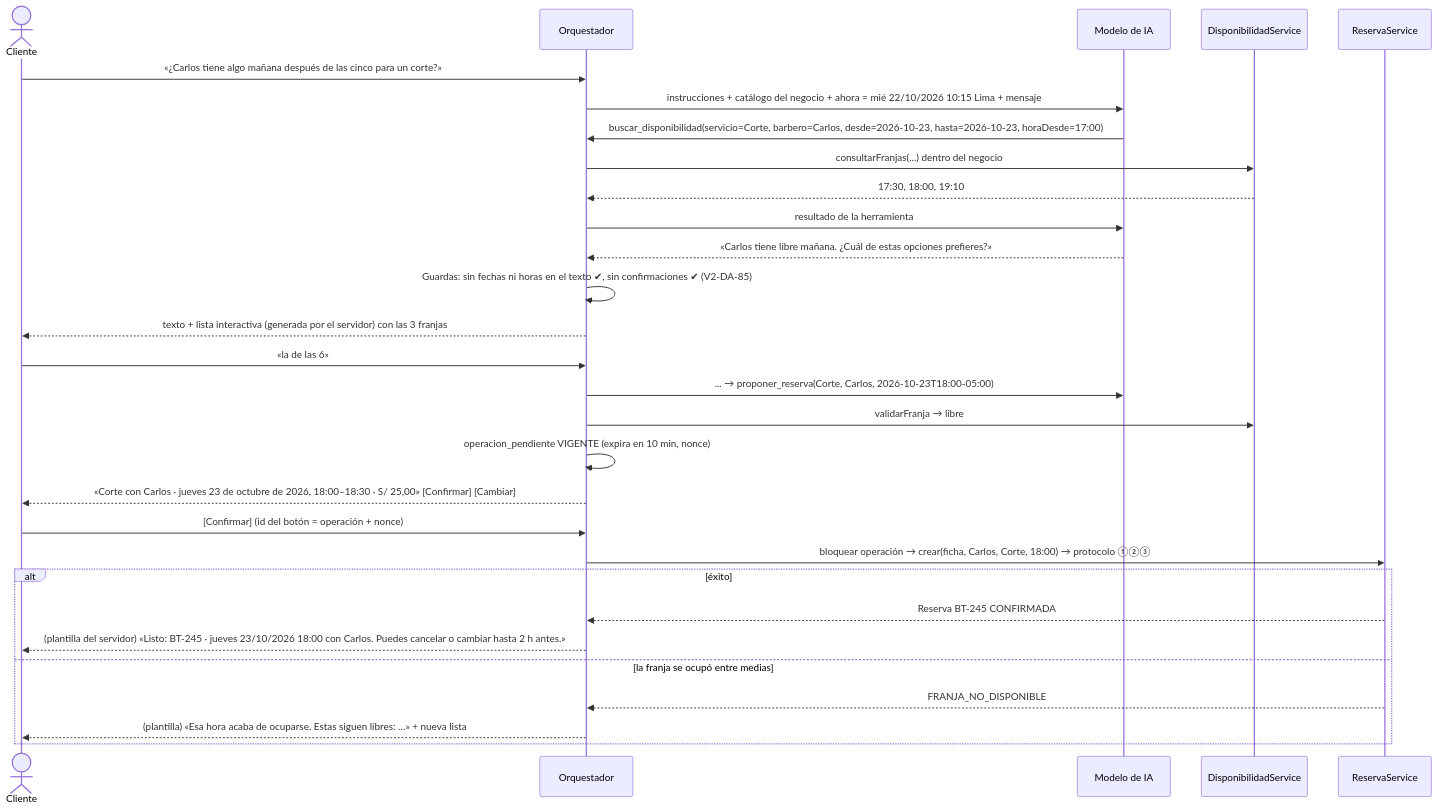
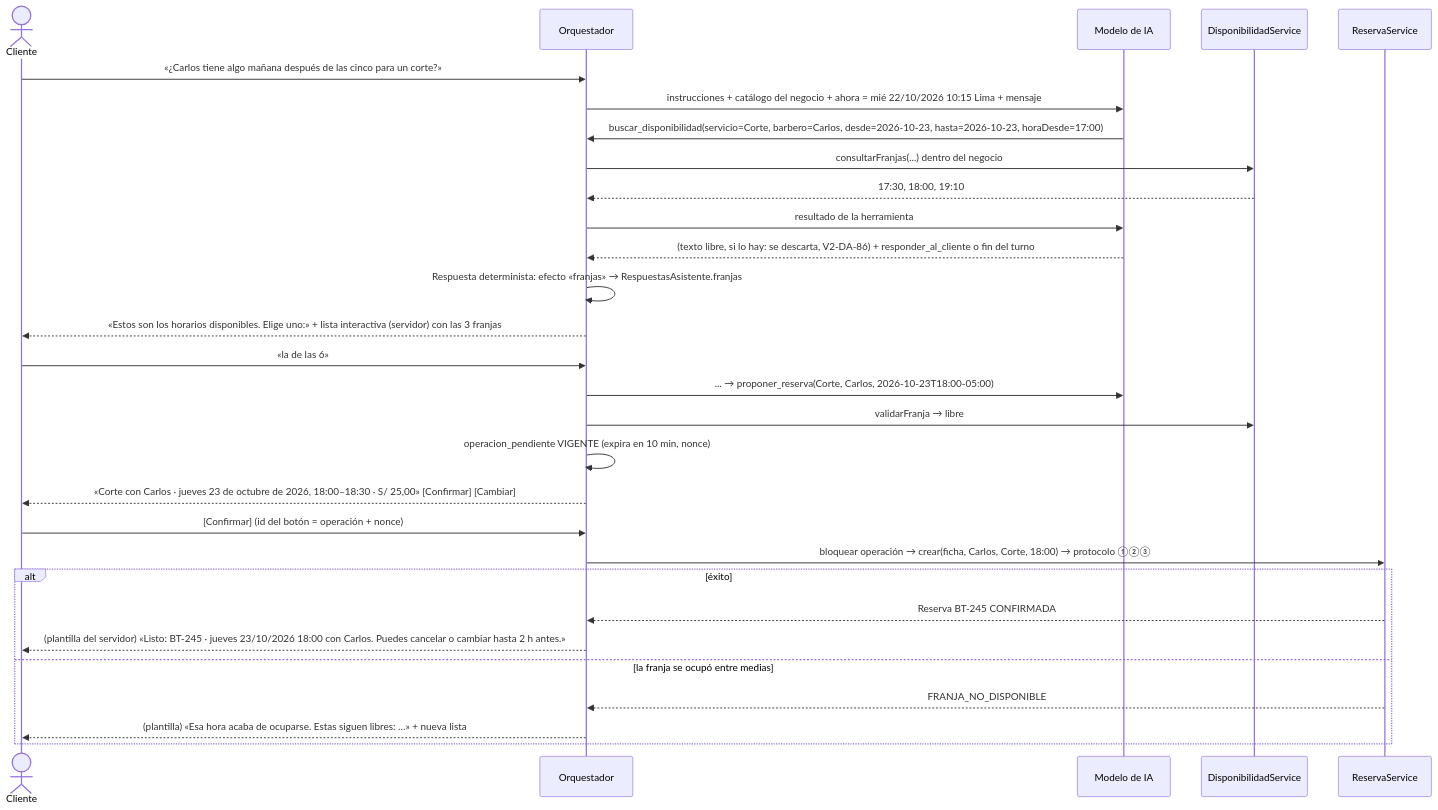
The third of 3 diagrams in docs/v2/06-flujos.md (sohnny-lima/BarberTurno), drawn with Mermaid before and after one commit. The commit also changed 2 other files, not shown here.

Commit message:
docs(v2): arquitectura y flujos con la salida estructurada V2-DA-86 [V2-12]
04 §7.3 deja de presentar las guardas como protección; 06 muestra el texto
descartado y la respuesta determinista; 17 §13.4 añade observador.salida.

````diff
--- a/docs/v2/06-flujos.md
+++ b/docs/v2/06-flujos.md
@@ -84,31 +84,31 @@
 ```mermaid
 sequenceDiagram
   actor C as Cliente
   participant O as Orquestador
   participant L as Modelo de IA
   participant D as DisponibilidadService
   participant R as ReservaService
   C->>O: «¿Carlos tiene algo mañana después de las cinco para un corte?»
   O->>L: instrucciones + catálogo del negocio + ahora = mié 22/10/2026 10:15 Lima + mensaje
   L->>O: buscar_disponibilidad(servicio=Corte, barbero=Carlos, desde=2026-10-23, hasta=2026-10-23, horaDesde=17:00)
   O->>D: consultarFranjas(...) dentro del negocio
   D-->>O: 17:30, 18:00, 19:10
   O->>L: resultado de la herramienta
-  L-->>O: «Carlos tiene libre mañana. ¿Cuál de estas opciones prefieres?»
-  O->>O: Guardas: sin fechas ni horas en el texto ✔, sin confirmaciones ✔ (V2-DA-85)
-  O-->>C: texto + lista interactiva (generada por el servidor) con las 3 franjas
+  L-->>O: (texto libre, si lo hay: se descarta, V2-DA-86) + responder_al_cliente o fin del turno
+  O->>O: Respuesta determinista: efecto «franjas» → RespuestasAsistente.franjas
+  O-->>C: «Estos son los horarios disponibles. Elige uno:» + lista interactiva (servidor) con las 3 franjas
   C->>O: «la de las 6»
   O->>L: ... → proponer_reserva(Corte, Carlos, 2026-10-23T18:00-05:00)
   O->>D: validarFranja → libre
   O->>O: operacion_pendiente VIGENTE (expira en 10 min, nonce)
   O-->>C: «Corte con Carlos · jueves 23 de octubre de 2026, 18:00–18:30 · S/ 25,00» [Confirmar] [Cambiar]
   C->>O: [Confirmar] (id del botón = operación + nonce)
   O->>R: bloquear operación → crear(ficha, Carlos, Corte, 18:00) → protocolo ①②③
   alt éxito
     R-->>O: Reserva BT-245 CONFIRMADA
     O-->>C: (plantilla del servidor) «Listo: BT-245 · jueves 23/10/2026 18:00 con Carlos. Puedes cancelar o cambiar hasta 2 h antes.»
   else la franja se ocupó entre medias
     R-->>O: FRANJA_NO_DISPONIBLE
     O-->>C: (plantilla) «Esa hora acaba de ocuparse. Estas siguen libres: …» + nueva lista
   end
 ```
````
